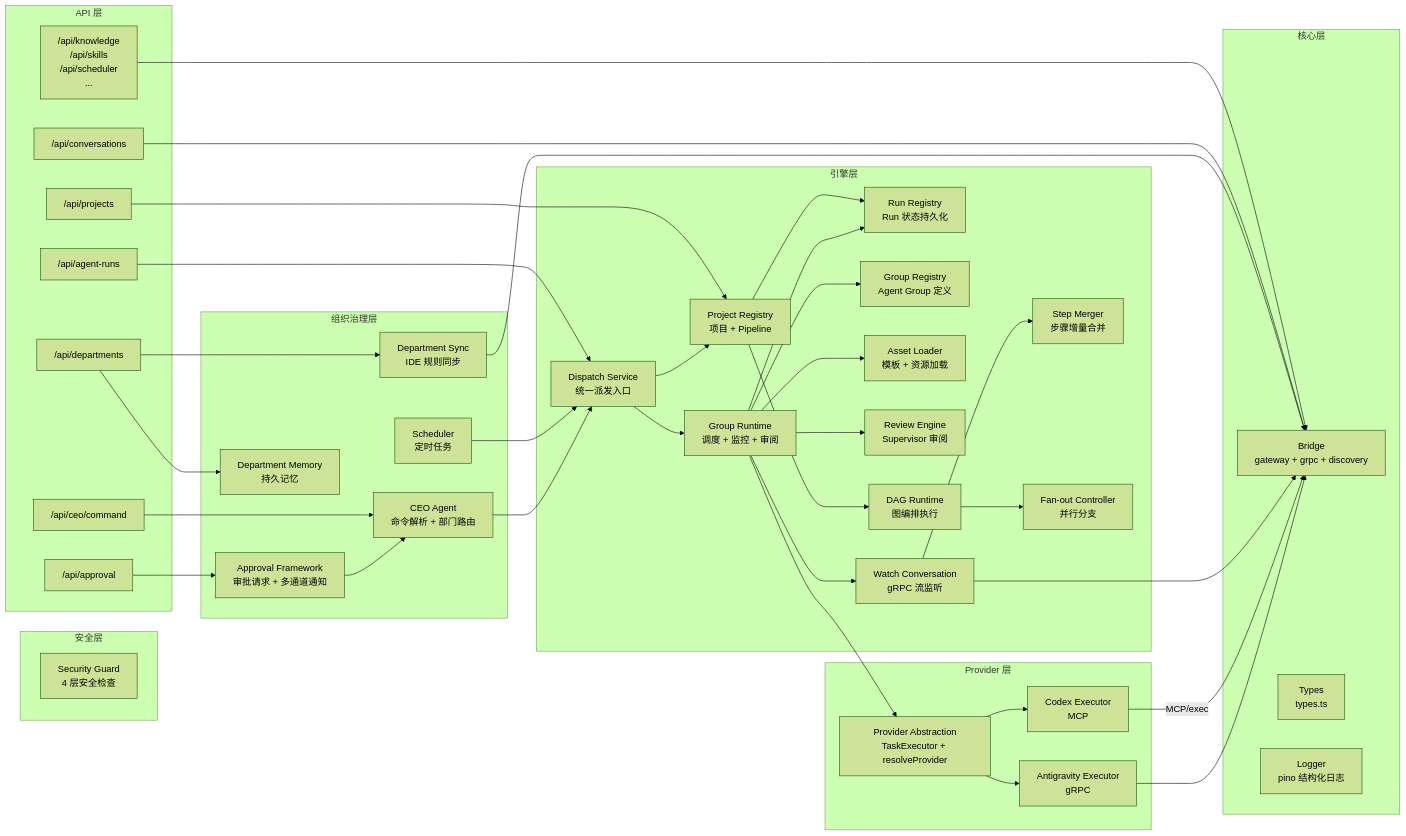
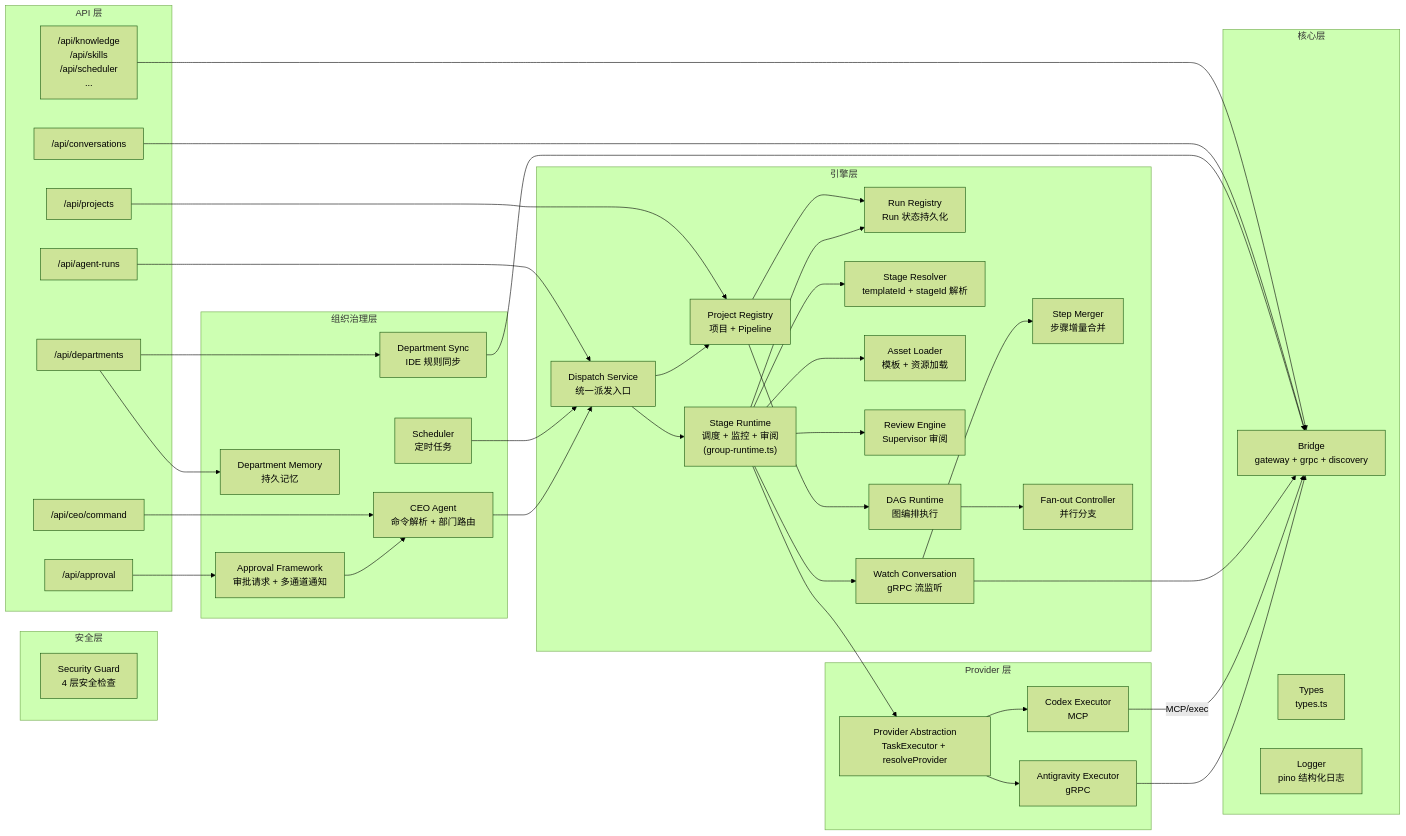
One commit to pikapikaspeedup/OPC_CEO changed the second of 20 diagrams in ARCHITECTURE.md. Above: the diagram before and after it, drawn with Mermaid (forest theme). The commit also changed other lines of this file and 102 other files, not shown here.

````diff
--- a/ARCHITECTURE.md
+++ b/ARCHITECTURE.md
@@ -69,71 +69,71 @@
 ```mermaid
 graph LR
     subgraph Core["核心层"]
         Bridge["Bridge<br/>gateway + grpc + discovery"]
         Types["Types<br/>types.ts"]
         Logger["Logger<br/>pino 结构化日志"]
     end
 
     subgraph Providers["Provider 层"]
         PAL["Provider Abstraction<br/>TaskExecutor + resolveProvider"]
         AE["Antigravity Executor<br/>gRPC"]
         CE["Codex Executor<br/>MCP"]
     end
 
     subgraph Engine["引擎层"]
-        GroupRuntime["Group Runtime<br/>调度 + 监控 + 审阅"]
+        GroupRuntime["Stage Runtime<br/>调度 + 监控 + 审阅<br/>(group-runtime.ts)"]
         DispatchService["Dispatch Service<br/>统一派发入口"]
         RunRegistry["Run Registry<br/>Run 状态持久化"]
         ProjectRegistry["Project Registry<br/>项目 + Pipeline"]
-        GroupRegistry["Group Registry<br/>Agent Group 定义"]
+        StageResolver["Stage Resolver<br/>templateId + stageId 解析"]
         AssetLoader["Asset Loader<br/>模板 + 资源加载"]
         ReviewEngine["Review Engine<br/>Supervisor 审阅"]
         WatchConv["Watch Conversation<br/>gRPC 流监听"]
         StepMerger["Step Merger<br/>步骤增量合并"]
         DagRuntime["DAG Runtime<br/>图编排执行"]
         FanOut["Fan-out Controller<br/>并行分支"]
     end
 
     subgraph OPC["组织治理层"]
         CEOAgent["CEO Agent<br/>命令解析 + 部门路由"]
         ApprovalFW["Approval Framework<br/>审批请求 + 多通道通知"]
         DeptSync["Department Sync<br/>IDE 规则同步"]
         DeptMemory["Department Memory<br/>持久记忆"]
         Scheduler["Scheduler<br/>定时任务"]
     end
 
     subgraph Security["安全层"]
         SecurityGuard["Security Guard<br/>4 层安全检查"]
     end
 
     subgraph API["API 层"]
         ConvAPI["/api/conversations"]
         RunAPI["/api/agent-runs"]
         ProjAPI["/api/projects"]
         CEOAPI["/api/ceo/command"]
         ApprovalAPI["/api/approval"]
         DeptAPI["/api/departments"]
         OtherAPI["/api/knowledge<br/>/api/skills<br/>/api/scheduler<br/>..."]
     end
 
     GroupRuntime --> PAL
     PAL --> AE & CE
     AE --> Bridge
     CE -->|"MCP/exec"| Bridge
-    GroupRuntime --> RunRegistry & GroupRegistry & AssetLoader & ReviewEngine & WatchConv
+    GroupRuntime --> RunRegistry & StageResolver & AssetLoader & ReviewEngine & WatchConv
     DispatchService --> GroupRuntime & ProjectRegistry
     WatchConv --> StepMerger & Bridge
     ProjectRegistry --> DagRuntime & RunRegistry
     DagRuntime --> FanOut
     CEOAgent --> DispatchService
     Scheduler --> DispatchService
     ApprovalFW --> CEOAgent
     DeptSync --> Bridge
     ConvAPI --> Bridge
     RunAPI --> DispatchService
     CEOAPI --> CEOAgent
     ApprovalAPI --> ApprovalFW
     DeptAPI --> DeptSync & DeptMemory
     ProjAPI --> ProjectRegistry
     OtherAPI --> Bridge
 ```
````
